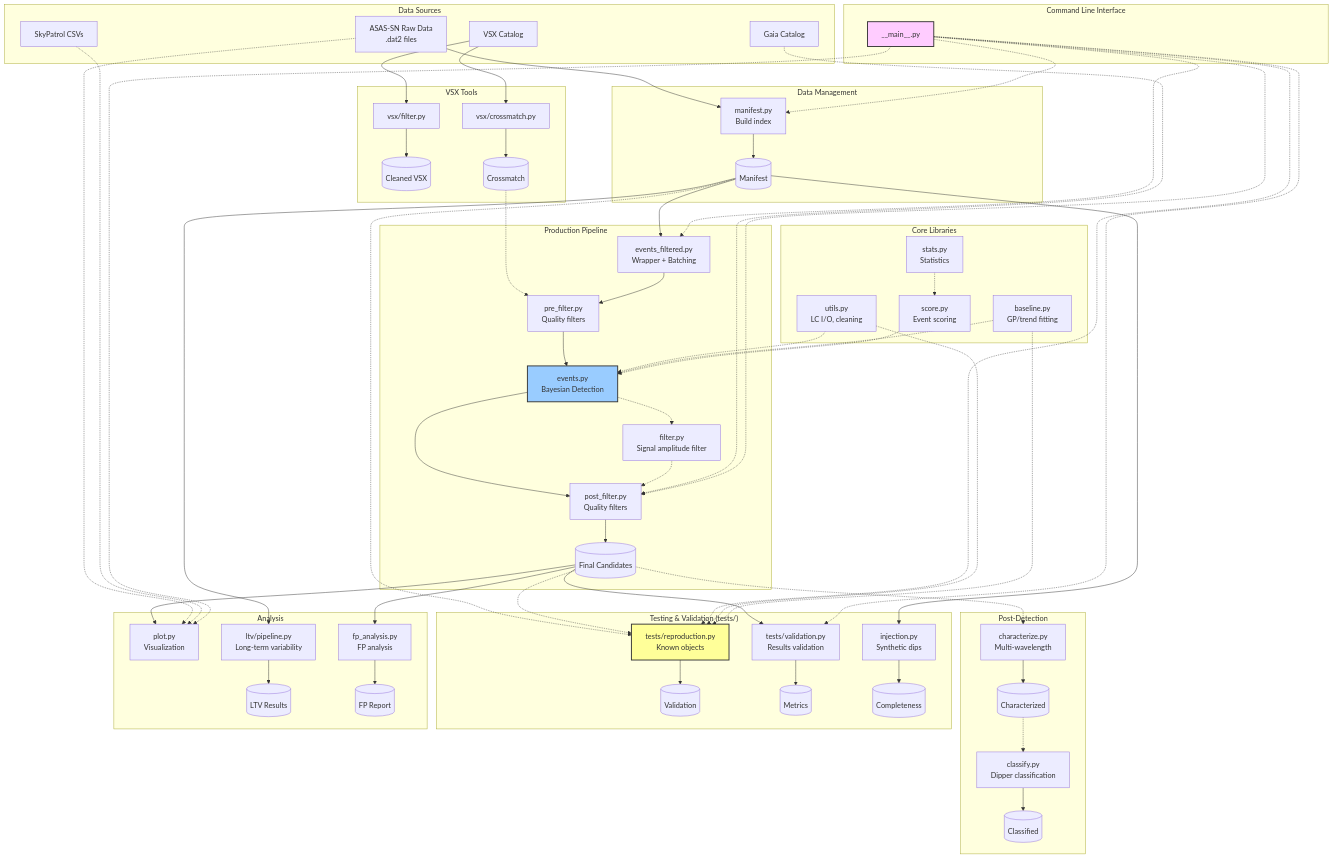
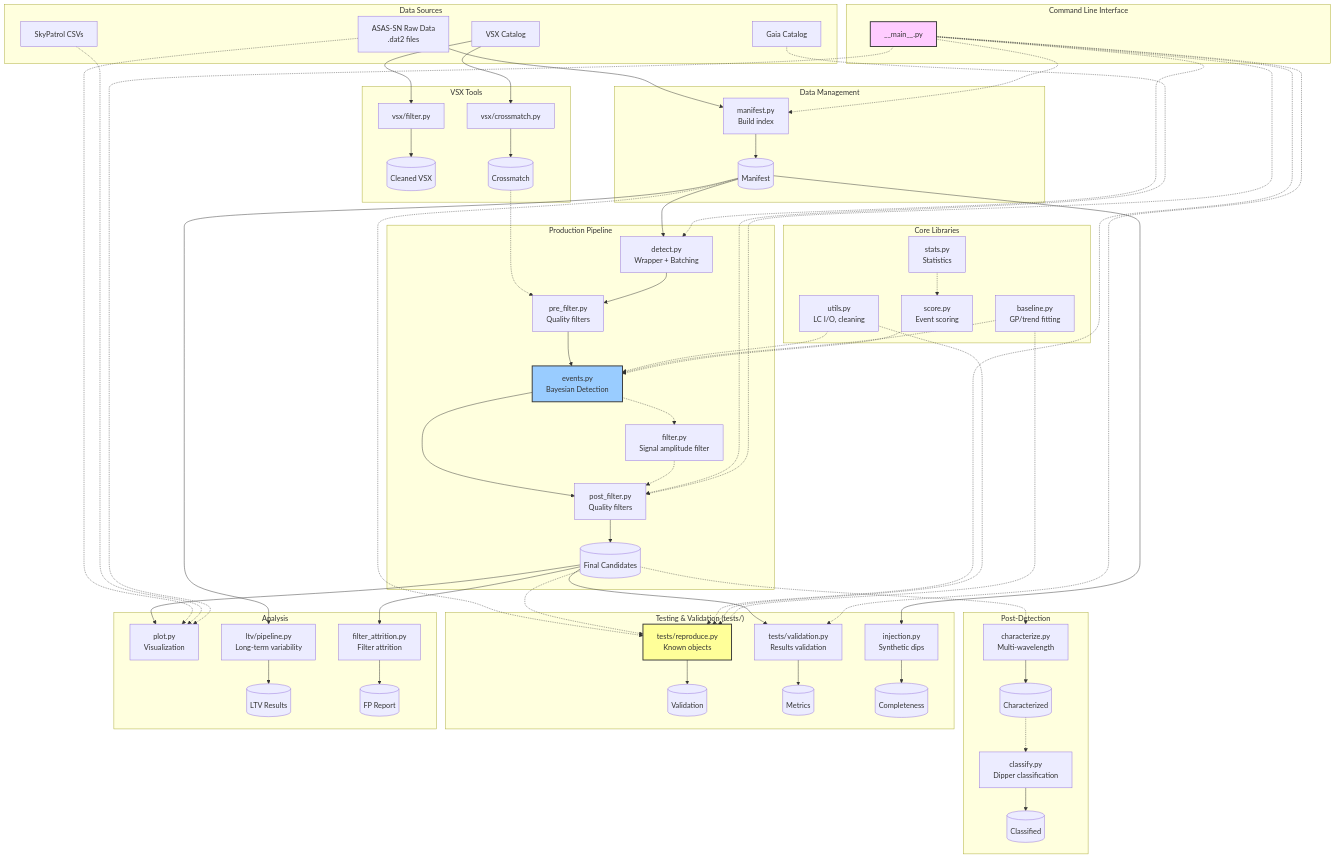
Before and after one commit to calderlen/malca: the diagram in README.md, drawn with Mermaid. The commit also changed other lines of this file and 12 other files, not shown here.

```diff
--- a/README.md
+++ b/README.md
@@ -140,7 +140,7 @@
     end
 
     subgraph "Production Pipeline"
-        EV_FILT[events_filtered.py<br/>Wrapper + Batching]
+        EV_FILT[detect.py<br/>Wrapper + Batching]
         PREFILT[pre_filter.py<br/>Quality filters]
         EVENTS[events.py<br/>Bayesian Detection]
         AMP_FILT[filter.py<br/>Signal amplitude filter]
@@ -168,7 +168,7 @@
     end
 
     subgraph "Testing & Validation (tests/)"
-        REPRO[tests/reproduction.py<br/>Known objects]
+        REPRO[tests/reproduce.py<br/>Known objects]
         VALID[tests/validation.py<br/>Results validation]
         INJ[injection.py<br/>Synthetic dips]
 
@@ -186,7 +186,7 @@
     subgraph "Analysis"
         PLOT[plot.py<br/>Visualization]
         LTV[ltv/pipeline.py<br/>Long-term variability]
-        FP[fp_analysis.py<br/>FP analysis]
+        FP[filter_attrition.py<br/>Filter attrition]
 
         CAND --> PLOT
         RAW -.-> PLOT
```
